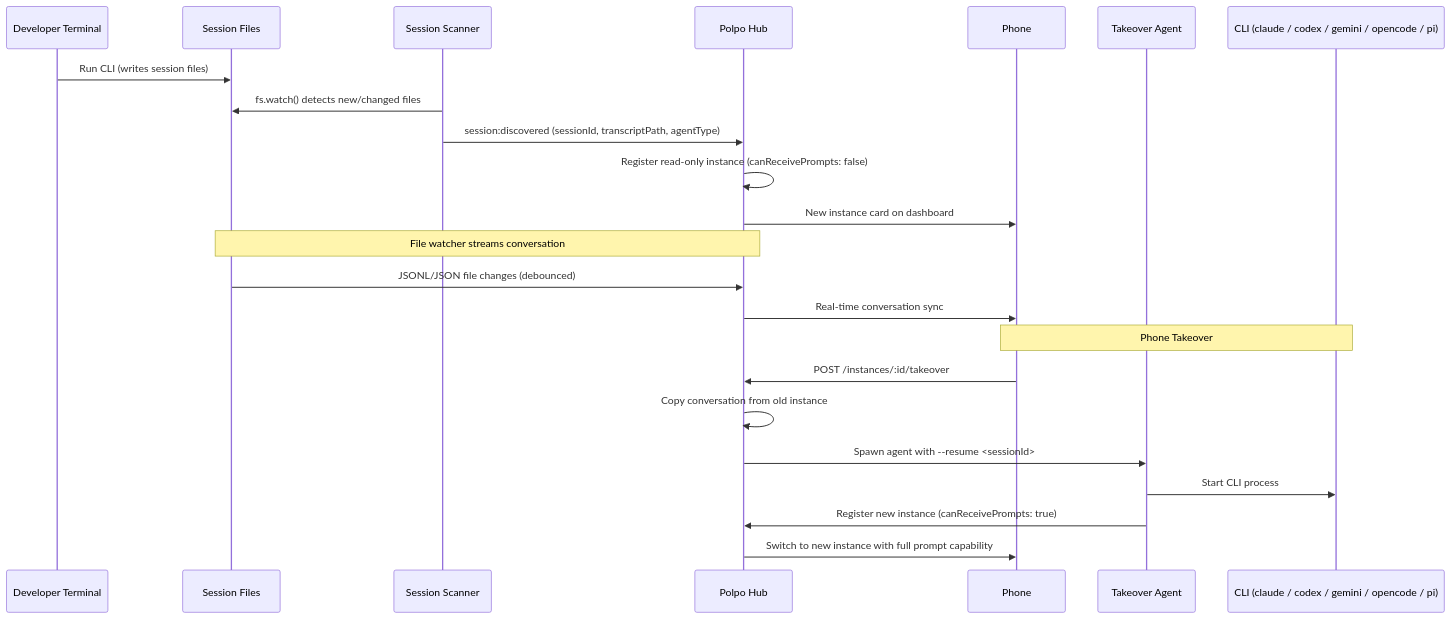
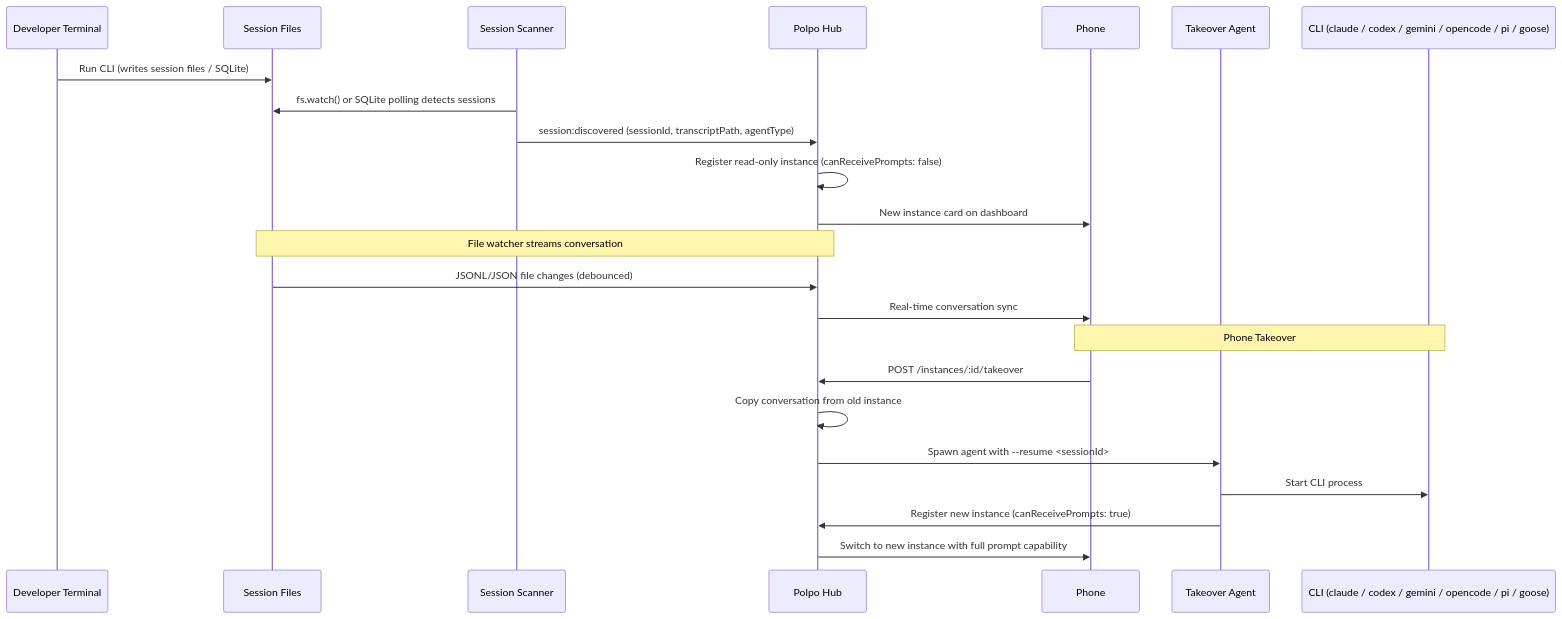
The seventh of 8 diagrams in docs/diagrams.md (pugliatechs/polpo), drawn with Mermaid before and after one commit. The commit also changed other lines of this file and 1 other file, not shown here.

First line of the commit message:
docs: Add Goose support to README, diagrams, and session examples

````diff
--- a/docs/diagrams.md
+++ b/docs/diagrams.md
@@ -129,28 +167,28 @@
 ```mermaid
 sequenceDiagram
     participant Dev as Developer Terminal
     participant FS as Session Files
     participant Scanner as Session Scanner
     participant Hub as Polpo Hub
     participant Phone
     participant Agent as Takeover Agent
-    participant CLI as CLI (claude / codex / gemini / opencode / pi)
+    participant CLI as CLI (claude / codex / gemini / opencode / pi / goose)
 
-    Dev->>FS: Run CLI (writes session files)
-    Scanner->>FS: fs.watch() detects new/changed files
+    Dev->>FS: Run CLI (writes session files / SQLite)
+    Scanner->>FS: fs.watch() or SQLite polling detects sessions
     Scanner->>Hub: session:discovered (sessionId, transcriptPath, agentType)
     Hub->>Hub: Register read-only instance (canReceivePrompts: false)
     Hub->>Phone: New instance card on dashboard
 
     Note over Hub,FS: File watcher streams conversation
     FS->>Hub: JSONL/JSON file changes (debounced)
     Hub->>Phone: Real-time conversation sync
 
     Note over Phone,CLI: Phone Takeover
     Phone->>Hub: POST /instances/:id/takeover
     Hub->>Hub: Copy conversation from old instance
     Hub->>Agent: Spawn agent with --resume <sessionId>
     Agent->>CLI: Start CLI process
     Agent->>Hub: Register new instance (canReceivePrompts: true)
     Hub->>Phone: Switch to new instance with full prompt capability
 ```
````
